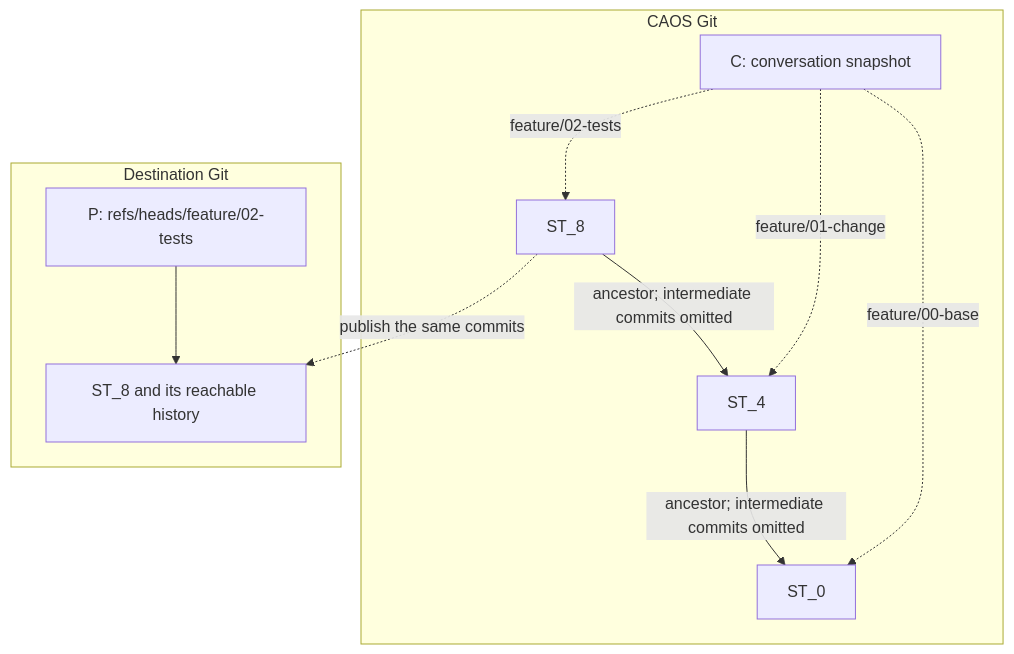
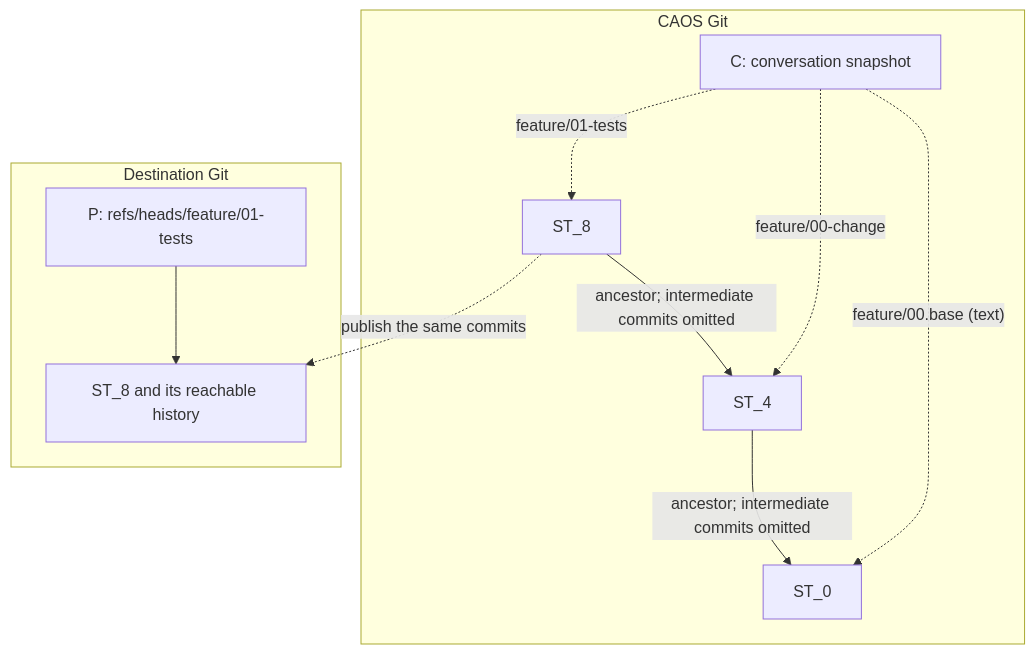
One commit to Metta-AI/caos changed the diagram in design/chat.md. Above: the diagram before and after it, drawn with Mermaid. The commit also changed other lines of this file and 2 other files, not shown here.

````diff
--- a/design/chat.md
+++ b/design/chat.md
@@ -48,15 +49,15 @@
 ```mermaid
 flowchart TB
     subgraph caos["CAOS Git"]
         C["C: conversation snapshot"]
-        C -.->|"feature/00-base"| ST0["ST_0"]
-        C -.->|"feature/01-change"| ST4["ST_4"]
-        C -.->|"feature/02-tests"| ST8["ST_8"]
+        C -.->|"feature/00.base (text)"| ST0["ST_0"]
+        C -.->|"feature/00-change"| ST4["ST_4"]
+        C -.->|"feature/01-tests"| ST8["ST_8"]
         ST8 -->|"ancestor; intermediate commits omitted"| ST4
         ST4 -->|"ancestor; intermediate commits omitted"| ST0
     end
     subgraph remote["Destination Git"]
-        P["P: refs/heads/feature/02-tests"] --> Published["ST_8 and its reachable history"]
+        P["P: refs/heads/feature/01-tests"] --> Published["ST_8 and its reachable history"]
     end
     ST8 -.->|publish the same commits| Published
 ```
````
